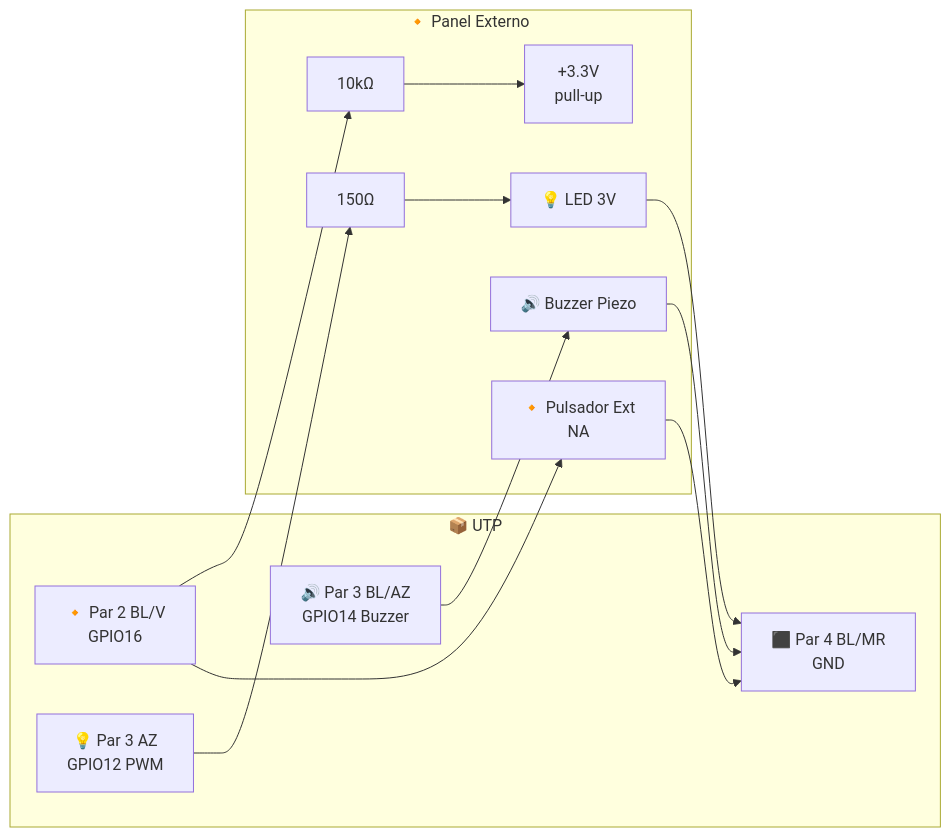
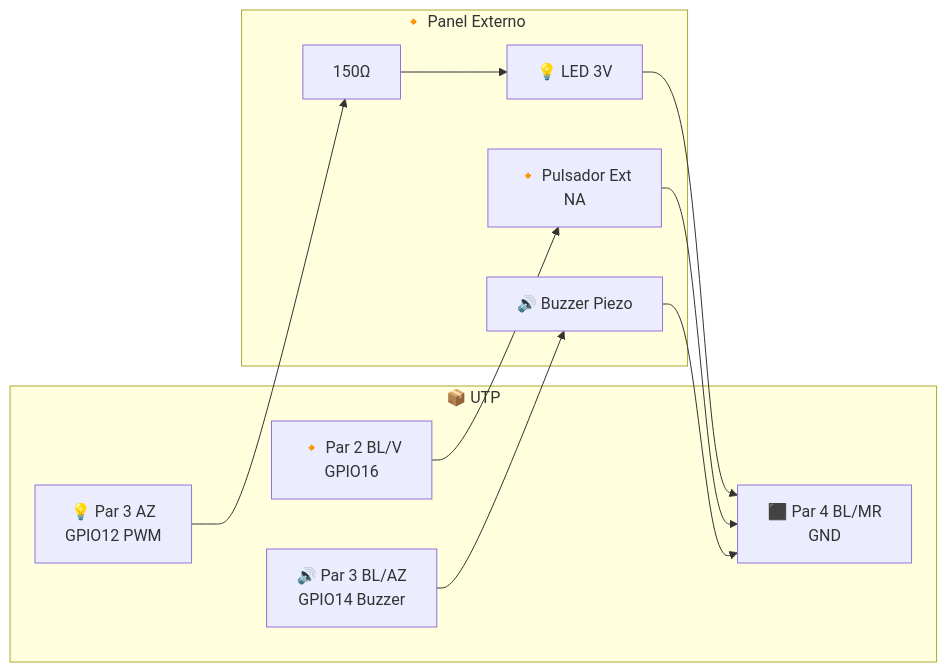
Before and after one commit to abelbour/Abrepuertas: the fifth of 10 diagrams in SYSTEM_DEFINITION.md, drawn with Mermaid. The commit also changed other lines of this file, not shown here.

Commit message:
Audit fixes: LED flash in internal_press, pull-up moved, independent cooldown, FC→OFF handler, emergency race flag, melody timing

````diff
--- a/SYSTEM_DEFINITION.md
+++ b/SYSTEM_DEFINITION.md
@@ -404,21 +421,20 @@
 ```mermaid
 flowchart LR
     subgraph UTP["📦 UTP"]
         BLV["🔸 Par 2 BL/V<br/>GPIO16"]
         AZ["💡 Par 3 AZ<br/>GPIO12 PWM"]
         BLAZ["🔊 Par 3 BL/AZ<br/>GPIO14 Buzzer"]
         GND["⬛ Par 4 BL/MR<br/>GND"]
     end
 
     subgraph Panel["🔸 Panel Externo"]
-        BLV --> R10k[10kΩ] --> Vcc[+3.3V<br/>pull-up]
         BLV --> Puls["🔸 Pulsador Ext<br/>NA"]
         Puls --> GND
 
         AZ --> R150[150Ω] --> LED3["💡 LED 3V"]
         LED3 --> GND
 
         BLAZ --> Buz["🔊 Buzzer Piezo"]
         Buz --> GND
     end
 ```
````
